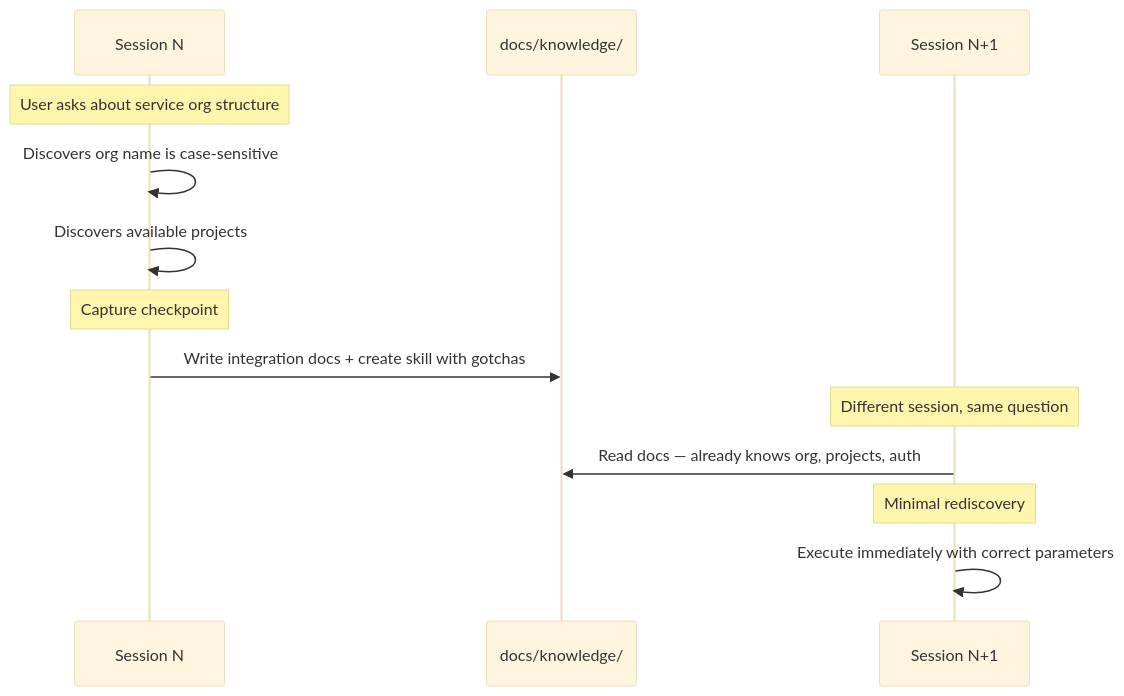
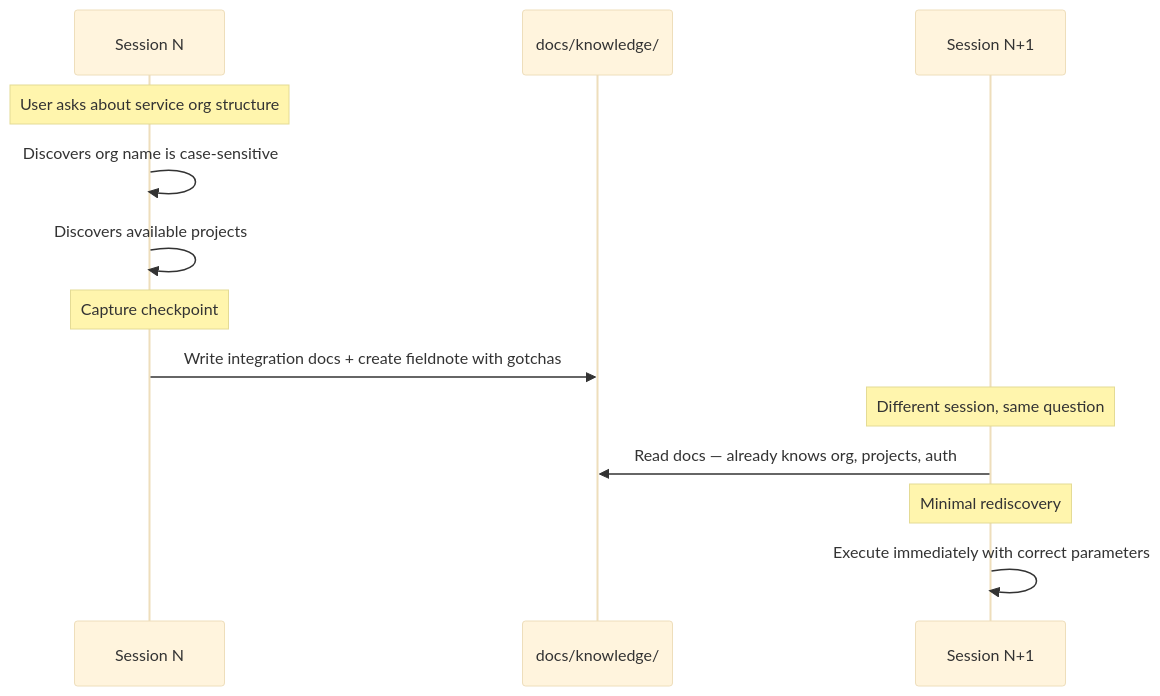
One commit to lorehq/lore-docs changed the second of 3 diagrams in docs/concepts/how-it-works.md. Above: the diagram before and after it, drawn with Mermaid (base theme). The commit also changed other lines of this file and 31 other files, not shown here.

````diff
--- a/docs/concepts/how-it-works.md
+++ b/docs/concepts/how-it-works.md
@@ -89,18 +98,18 @@
 ```mermaid
 sequenceDiagram
     participant S1 as Session N
     participant Docs as docs/knowledge/
     participant S2 as Session N+1
 
     Note over S1: User asks about service org structure
     S1->>S1: Discovers org name is case-sensitive
     S1->>S1: Discovers available projects
 
     Note over S1: Capture checkpoint
-    S1->>Docs: Write integration docs + create skill with gotchas
+    S1->>Docs: Write integration docs + create fieldnote with gotchas
 
     Note over S2: Different session, same question
     S2->>Docs: Read docs — already knows org, projects, auth
     Note over S2: Minimal rediscovery
     S2->>S2: Execute immediately with correct parameters
 ```
````
